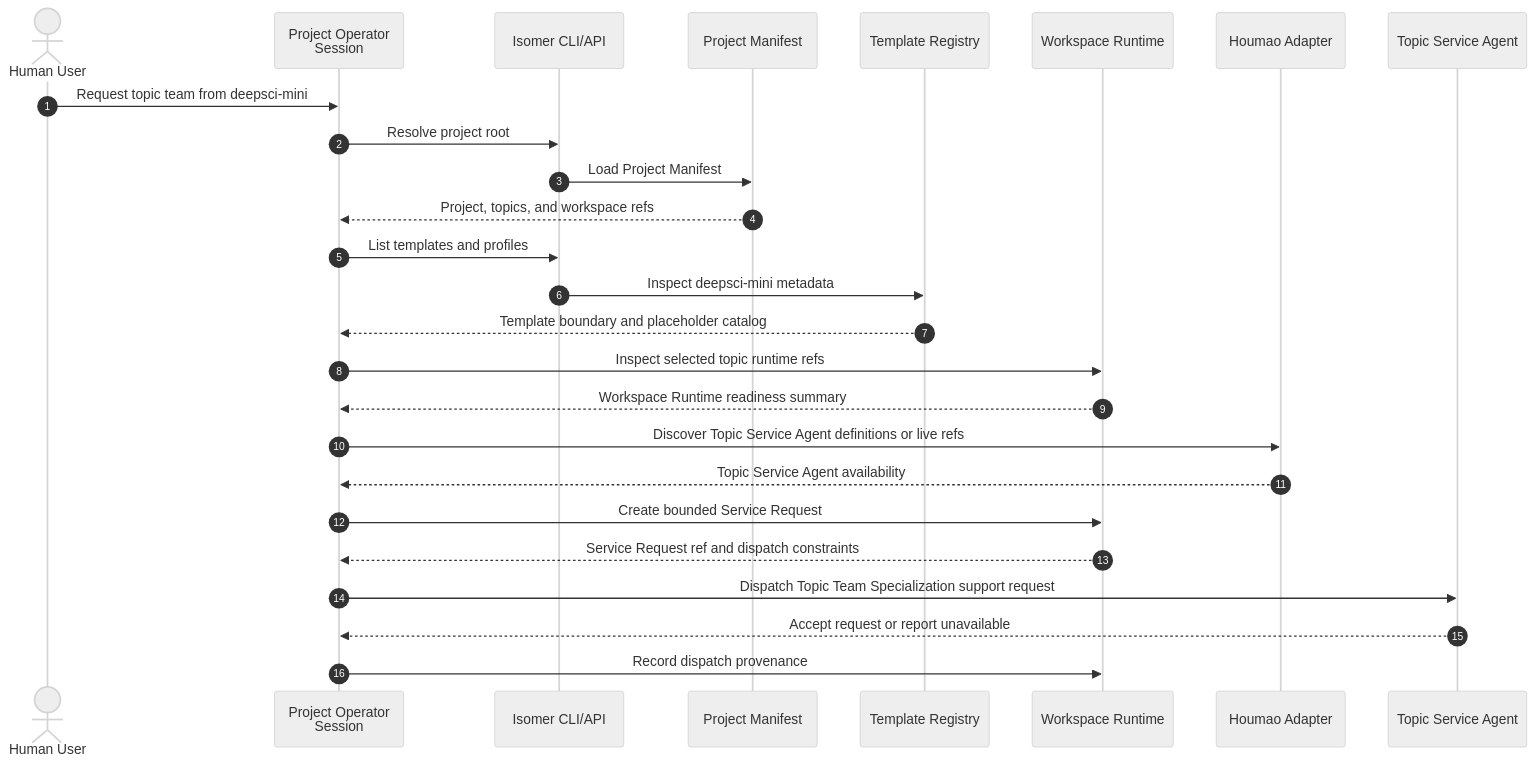
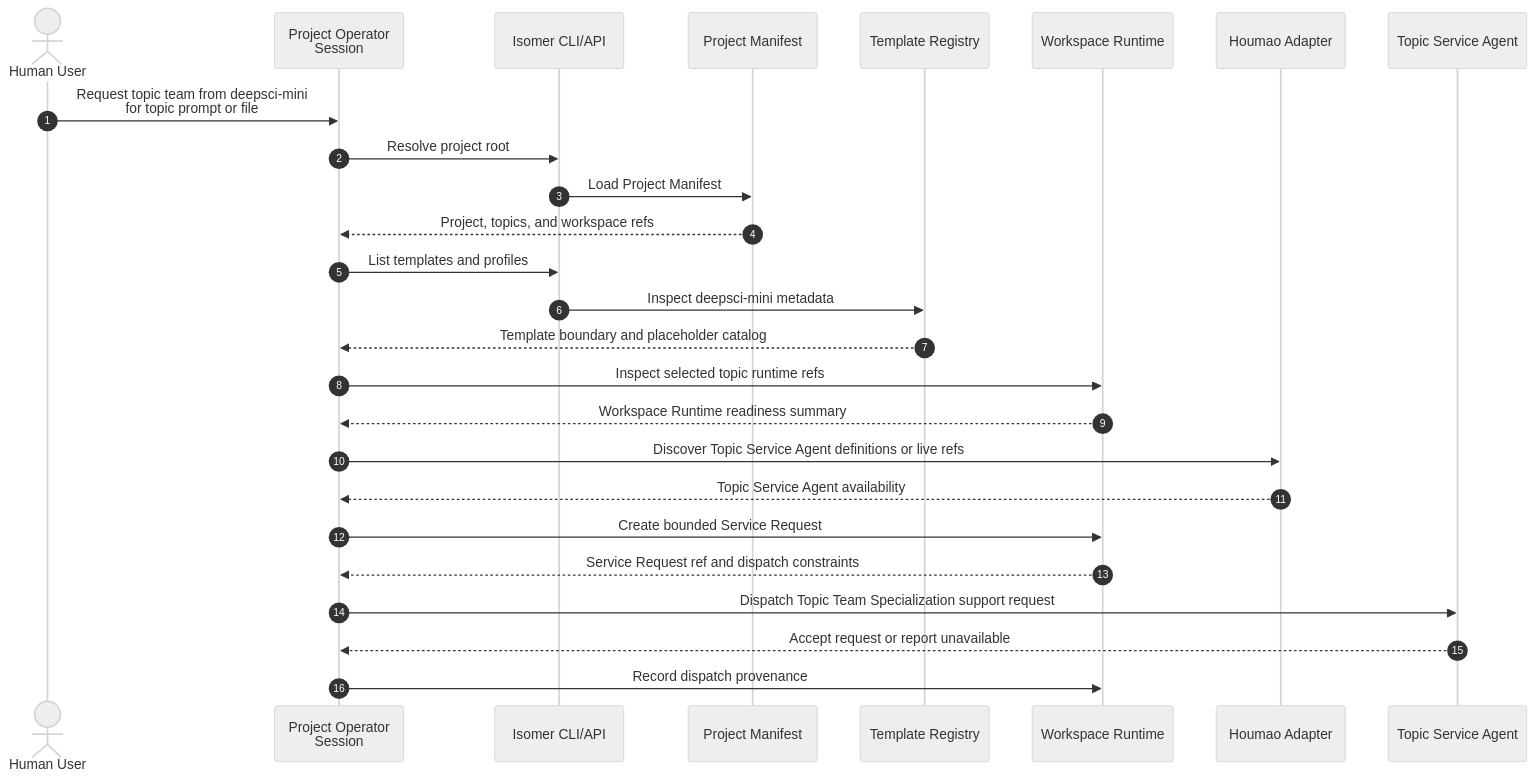
Before and after one commit to CodeGandee/isomer-labs: the second of 2 diagrams in openspec/changes/add-operator-agent-topic-team-instantiation/explore/use-cases/uc-01-project-operator-discovers-topic-service-support.md, drawn with Mermaid (neutral theme). The commit also changed other lines of this file and 79 other files, not shown here.

Commit message:
feat: add topic team instantiation

````diff
--- a/openspec/changes/add-operator-agent-topic-team-instantiation/explore/use-cases/uc-01-project-operator-discovers-topic-service-support.md
+++ b/openspec/changes/add-operator-agent-topic-team-instantiation/explore/use-cases/uc-01-project-operator-discovers-topic-service-support.md
@@ -61,29 +63,29 @@
 ```mermaid
 sequenceDiagram
   autonumber
   actor User as Human User
   participant Session as Project Operator<br/>Session
   participant CLI as Isomer CLI/API
   participant Manifest as Project Manifest
   participant Templates as Template Registry
   participant Runtime as Workspace Runtime
   participant Adapter as Houmao Adapter
   participant Service as Topic Service Agent
 
-  User->>Session: Request topic team from deepsci-mini
+  User->>Session: Request topic team from deepsci-mini<br/>for topic prompt or file
   Session->>CLI: Resolve project root
   CLI->>Manifest: Load Project Manifest
   Manifest-->>Session: Project, topics, and workspace refs
   Session->>CLI: List templates and profiles
   CLI->>Templates: Inspect deepsci-mini metadata
   Templates-->>Session: Template boundary and placeholder catalog
   Session->>Runtime: Inspect selected topic runtime refs
   Runtime-->>Session: Workspace Runtime readiness summary
   Session->>Adapter: Discover Topic Service Agent definitions or live refs
   Adapter-->>Session: Topic Service Agent availability
   Session->>Runtime: Create bounded Service Request
   Runtime-->>Session: Service Request ref and dispatch constraints
   Session->>Service: Dispatch Topic Team Specialization support request
   Service-->>Session: Accept request or report unavailable
   Session->>Runtime: Record dispatch provenance
 ```
````
